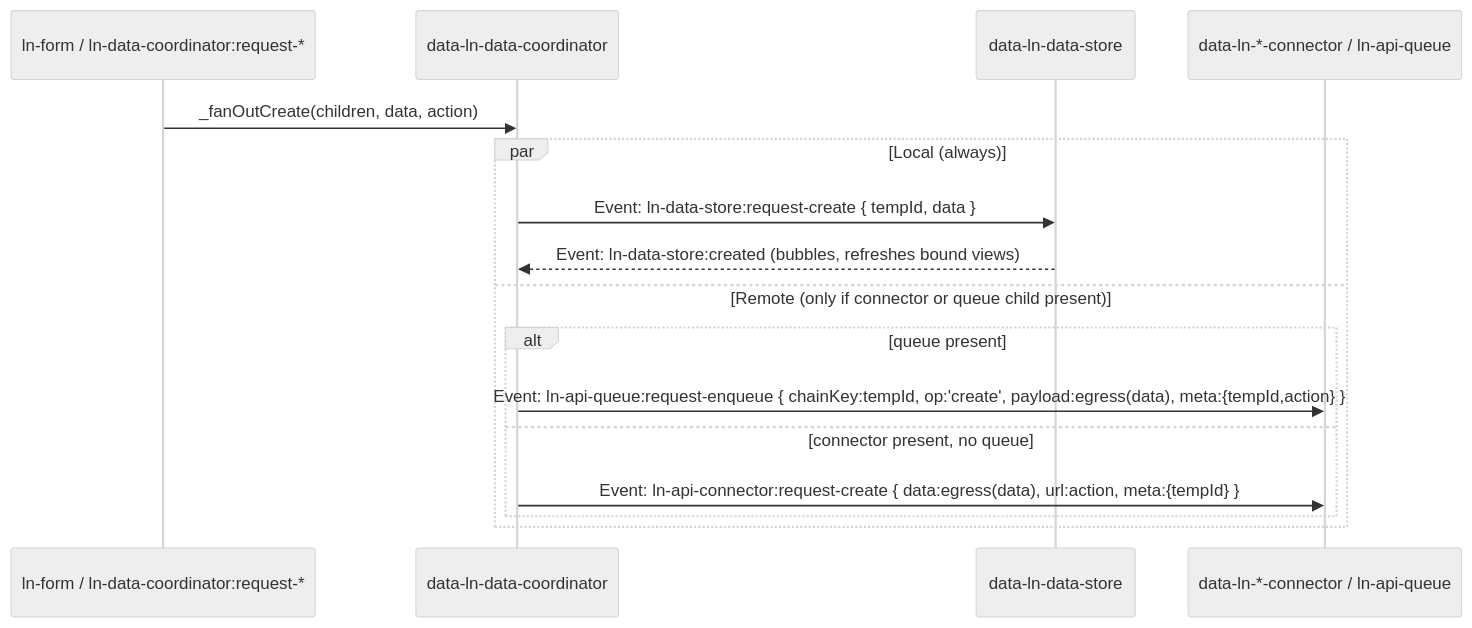
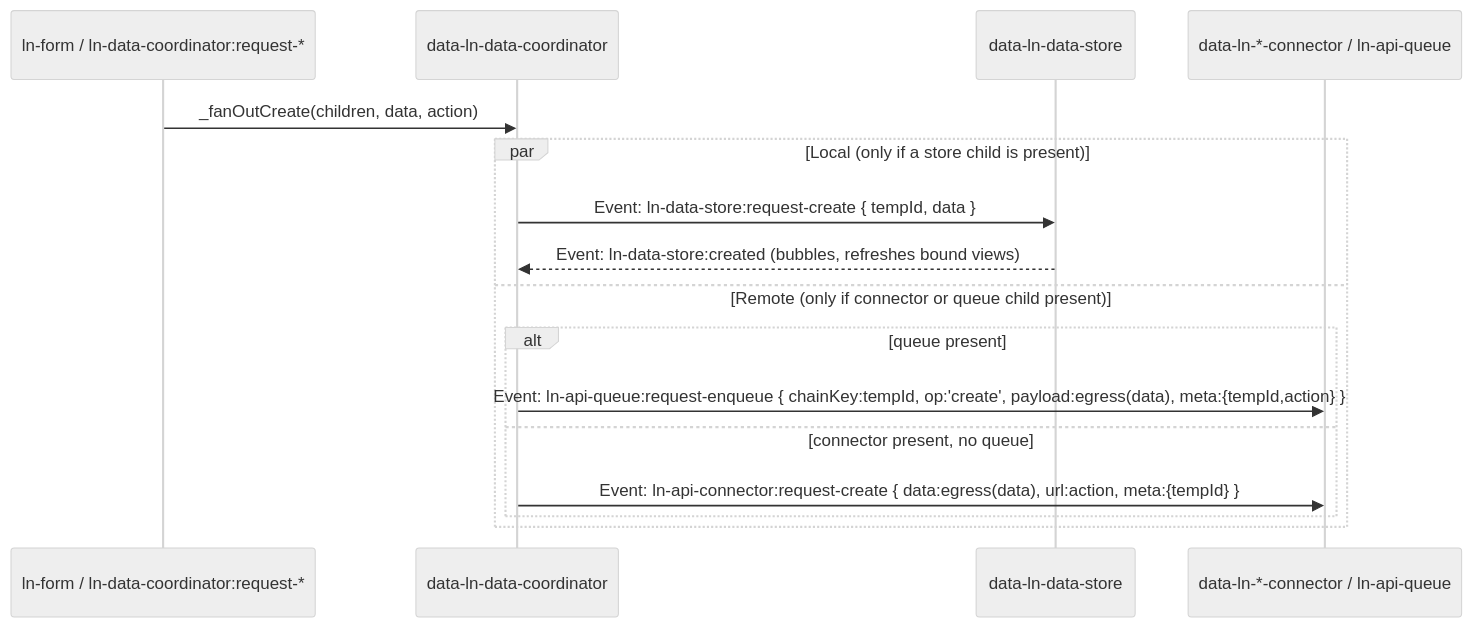
One commit to livenetworks/ln-ashlar changed the first of 3 diagrams in components/ln-data-coordinator/README.md. Above: the diagram before and after it, drawn with Mermaid (neutral theme). The commit also changed other lines of this file and 156 other files, not shown here.

````diff
--- a/components/ln-data-coordinator/README.md
+++ b/components/ln-data-coordinator/README.md
@@ -255,19 +258,19 @@
 ```mermaid
 sequenceDiagram
     participant Intake as ln-form / ln-data-coordinator:request-*
     participant Coord as data-ln-data-coordinator
     participant Store as data-ln-data-store
     participant Gateway as data-ln-*-connector / ln-api-queue
 
     Intake->>Coord: _fanOutCreate(children, data, action)
-    par Local (always)
+    par Local (only if a store child is present)
         Coord->>Store: Event: ln-data-store:request-create { tempId, data }
         Store-->>Coord: Event: ln-data-store:created (bubbles, refreshes bound views)
     and Remote (only if connector or queue child present)
         alt queue present
             Coord->>Gateway: Event: ln-api-queue:request-enqueue { chainKey:tempId, op:'create', payload:egress(data), meta:{tempId,action} }
         else connector present, no queue
             Coord->>Gateway: Event: ln-api-connector:request-create { data:egress(data), url:action, meta:{tempId} }
         end
     end
 ```
````
